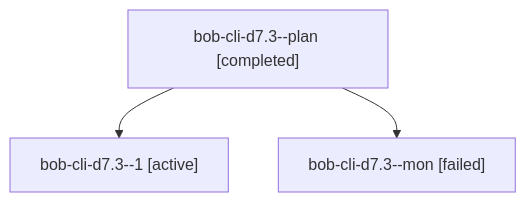
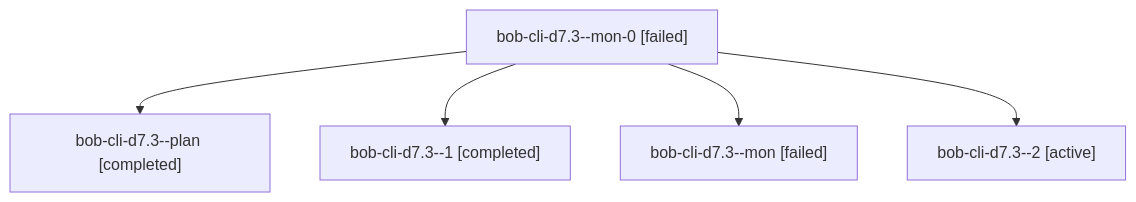
One commit to bobs-org/bob-cli--agents changed the diagram in sessions/bbugyi200.athena.bob-cli-d7.3.md. Above: the diagram before and after it, drawn with Mermaid. The commit also changed other lines of this file and 37 other files, not shown here.

````diff
--- a/sessions/bbugyi200.athena.bob-cli-d7.3.md
+++ b/sessions/bbugyi200.athena.bob-cli-d7.3.md
@@ -9,8 +9,12 @@
 ```mermaid
 flowchart TD
-  n0["bob-cli-d7.3--plan [completed]"]
-  n1["bob-cli-d7.3--1 [active]"]
+  n0["bob-cli-d7.3--mon-0 [failed]"]
+  n1["bob-cli-d7.3--plan [completed]"]
   n0 --> n1
-  n2["bob-cli-d7.3--mon [failed]"]
+  n2["bob-cli-d7.3--1 [completed]"]
   n0 --> n2
+  n3["bob-cli-d7.3--mon [failed]"]
+  n0 --> n3
+  n4["bob-cli-d7.3--2 [active]"]
+  n0 --> n4
 ```
````
